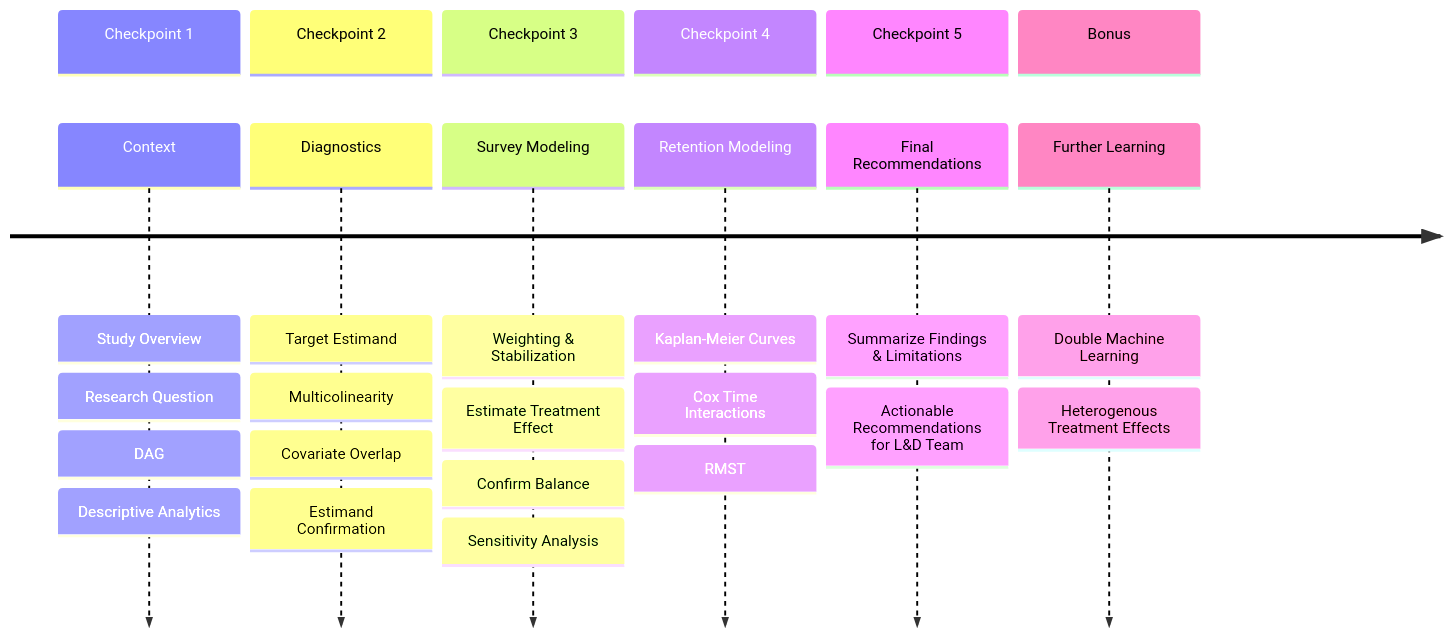
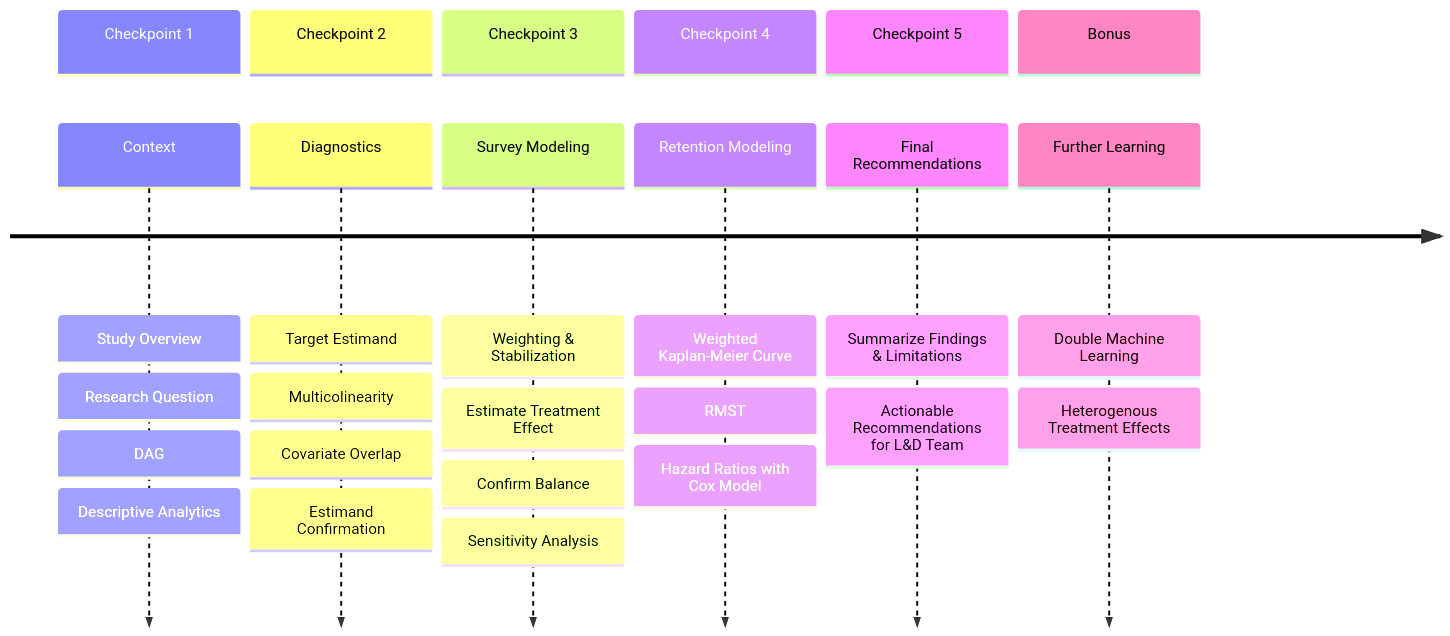
The first of 2 diagrams in diagrams/diagrams.md (mlpost/2026-siop-causal-inference-master-tutorial), drawn with Mermaid before and after one commit. The commit also changed 11 other files, not shown here.

Commit message:
update diagrams

````diff
--- a/diagrams/diagrams.md
+++ b/diagrams/diagrams.md
@@ -4,15 +4,15 @@
 ```mermaid
 timeline
     section Checkpoint 1
         Context: Study Overview : Research Question : DAG : Descriptive Analytics
     section Checkpoint 2
         Diagnostics : Target Estimand : Multicolinearity : Covariate Overlap : Estimand Confirmation
     section Checkpoint 3
         Survey Modeling : Weighting & Stabilization : Estimate Treatment Effect : Confirm Balance : Sensitivity Analysis
     section Checkpoint 4
-        Retention Modeling :  Kaplan-Meier Curves : Cox Time Interactions : RMST
+        Retention Modeling :  Weighted Kaplan-Meier Curve : RMST : Hazard Ratios with Cox Model
     section Checkpoint 5
         Final Recommendations : Summarize Findings & Limitations : Actionable Recommendations for L&D Team
     section Bonus
         Further Learning : Double Machine Learning : Heterogenous Treatment Effects
 ```
````
